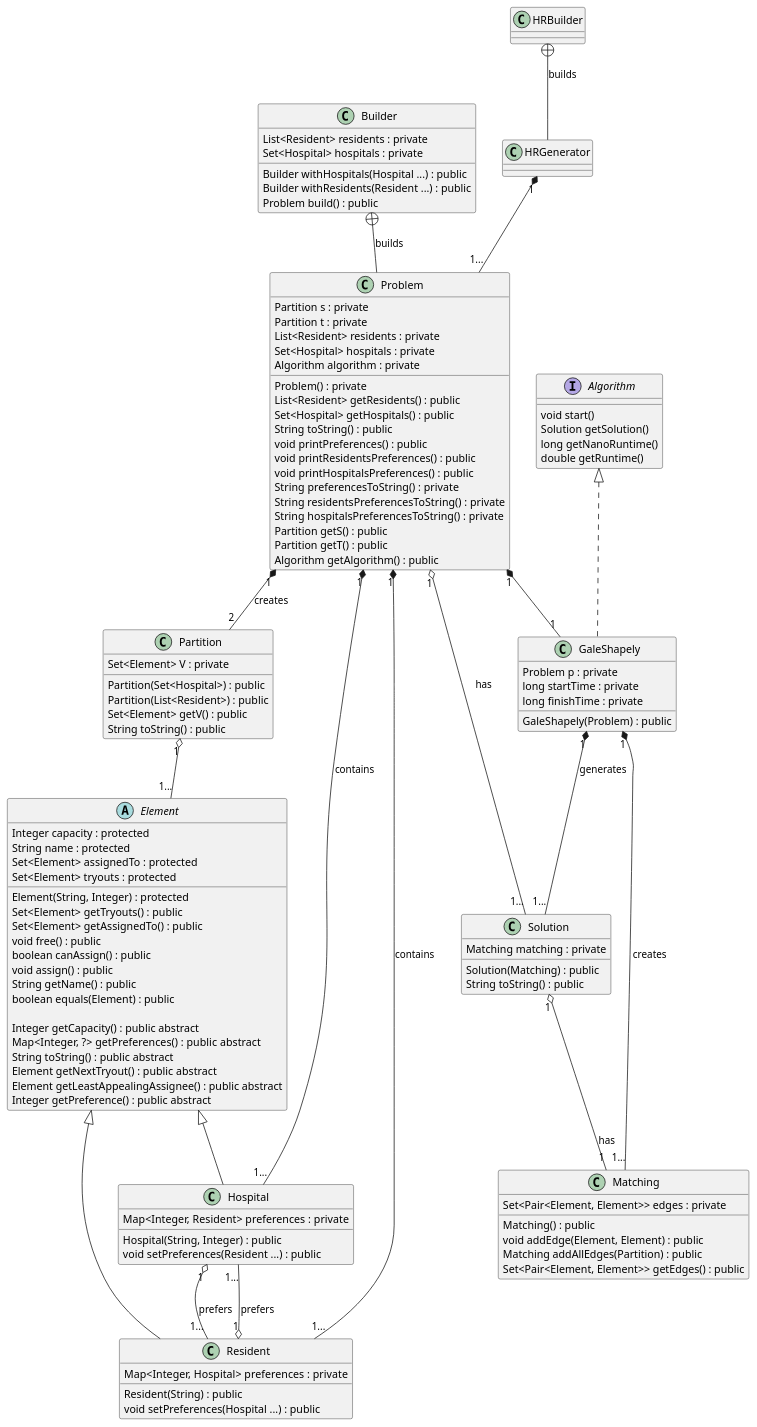
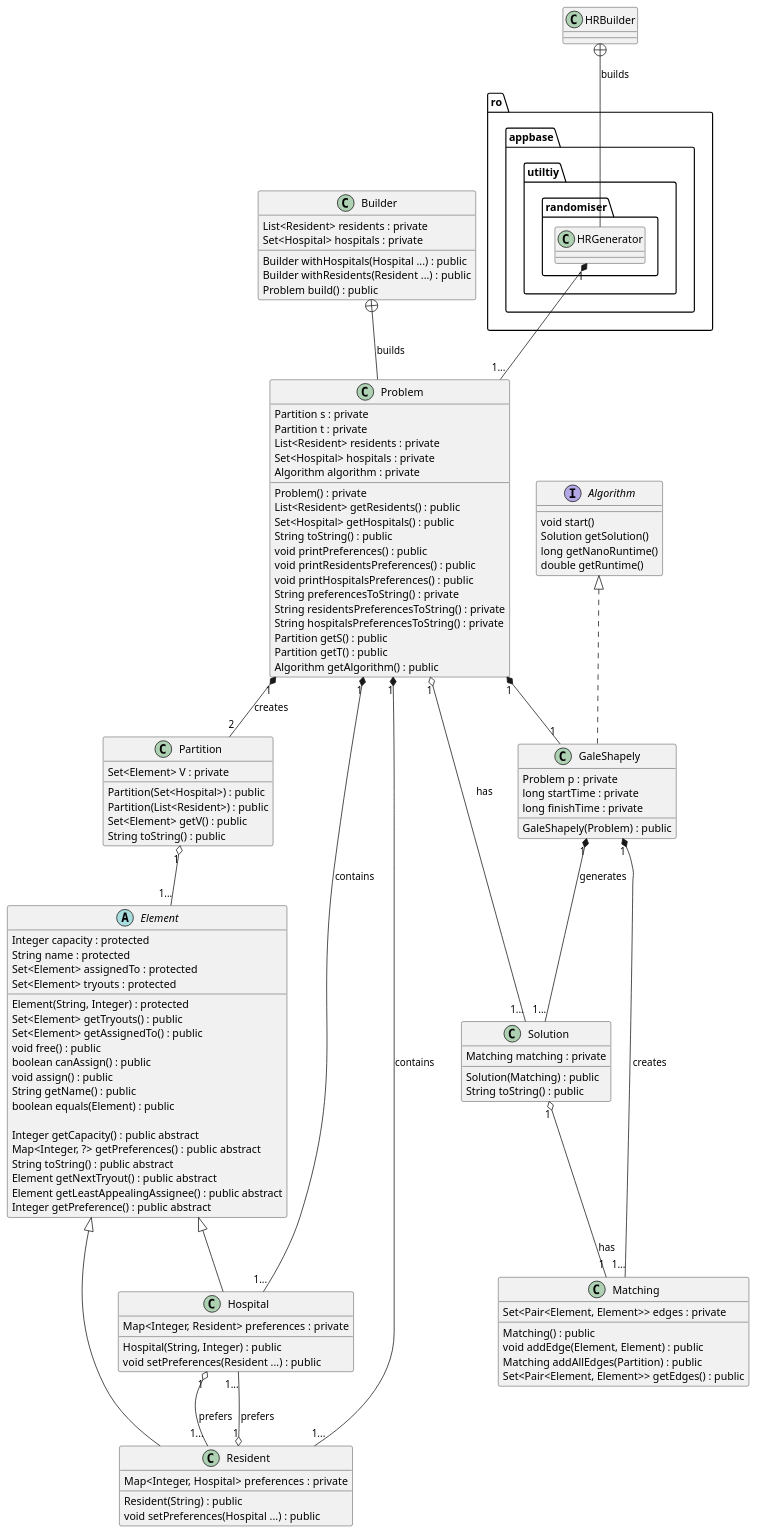
One commit to G2Gmycatisonfire/java4Random changed the diagram in src/main/java/ro/design/HRUML.puml. Above: the diagram before and after it, drawn with PlantUML. The commit also changed 34 other files, not shown here.

```diff
--- a/src/main/java/ro/design/HRUML.puml
+++ b/src/main/java/ro/design/HRUML.puml
@@ -1,146 +1,146 @@
 @startuml
 
 abstract class Element
 
 class Hospital extends Element
 class Resident extends Element
 
 class Problem
 class Matching
 class Partition
 class Element
 class Solution
 class GaleShapely implements Algorithm
 class Builder
-class HRGenerator
+class ro.appbase.utiltiy.randomiser.HRGenerator
 class HRBuilder
 interface Algorithm
 
-HRBuilder +-- HRGenerator : builds
+HRBuilder +-- ro.appbase.utiltiy.randomiser.HRGenerator : builds
 Builder +-- Problem : builds
 
-HRGenerator "1" *-- "1..." Problem
+ro.appbase.utiltiy.randomiser.HRGenerator "1" *-- "1..." Problem
 
 Resident "1" o-- "1..." Hospital : prefers
 Hospital "1" o-- "1..." Resident : prefers
 
 Problem "1" *-- "1..." Resident : contains
 Problem "1" *-- "1..." Hospital : contains
 
 Problem "1" o-- "1..." Solution : has
 Problem "1" *-- "2" Partition : creates
 
 Solution "1" o-- "1" Matching : has
 
 Problem "1" *-- "1" GaleShapely
 
 GaleShapely "1" *-- "1..." Solution : generates
 GaleShapely "1" *-- "1..." Matching : creates
 
 Partition "1" o-- "1..." Element
 
 class Solution{
     Matching matching : private
     Solution(Matching) : public
     String toString() : public
 }
 
 class Matching{
     Set<Pair<Element, Element>> edges : private
     Matching() : public
     void addEdge(Element, Element) : public
     Matching addAllEdges(Partition) : public
     Set<Pair<Element, Element>> getEdges() : public
 }
 
 class Partition{
     Set<Element> V : private
     Partition(Set<Hospital>) : public
     Partition(List<Resident>) : public
     Set<Element> getV() : public
     String toString() : public
 }
 
 class Resident{
     Map<Integer, Hospital> preferences : private
     Resident(String) : public
     void setPreferences(Hospital ...) : public
 }
 
 class Hospital{
     Map<Integer, Resident> preferences : private
 
     Hospital(String, Integer) : public
     void setPreferences(Resident ...) : public
 }
 
 abstract class Element{
     Integer capacity : protected
     String name : protected
     Set<Element> assignedTo : protected
     Set<Element> tryouts : protected
 
     Element(String, Integer) : protected
     Set<Element> getTryouts() : public
     Set<Element> getAssignedTo() : public
     void free() : public
     boolean canAssign() : public
     void assign() : public
     String getName() : public
     boolean equals(Element) : public
 
     Integer getCapacity() : public abstract
     Map<Integer, ?> getPreferences() : public abstract
     String toString() : public abstract
     Element getNextTryout() : public abstract
     Element getLeastAppealingAssignee() : public abstract
     Integer getPreference() : public abstract
 }
 
 class Problem{
     Partition s : private
     Partition t : private
     List<Resident> residents : private
     Set<Hospital> hospitals : private
     Algorithm algorithm : private
 
     Problem() : private
     List<Resident> getResidents() : public
     Set<Hospital> getHospitals() : public
     String toString() : public
     void printPreferences() : public
     void printResidentsPreferences() : public
     void printHospitalsPreferences() : public
     String preferencesToString() : private
     String residentsPreferencesToString() : private
     String hospitalsPreferencesToString() : private
     Partition getS() : public
     Partition getT() : public
     Algorithm getAlgorithm() : public
 }
 
 class Builder{
     List<Resident> residents : private
     Set<Hospital> hospitals : private
 
     Builder withHospitals(Hospital ...) : public
     Builder withResidents(Resident ...) : public
     Problem build() : public
 }
 
 class GaleShapely{
     Problem p : private
     long startTime : private
     long finishTime : private
 
     GaleShapely(Problem) : public
 }
 
 interface Algorithm{
     void start()
     Solution getSolution()
     long getNanoRuntime()
     double getRuntime()
 }
 
 @enduml
```
